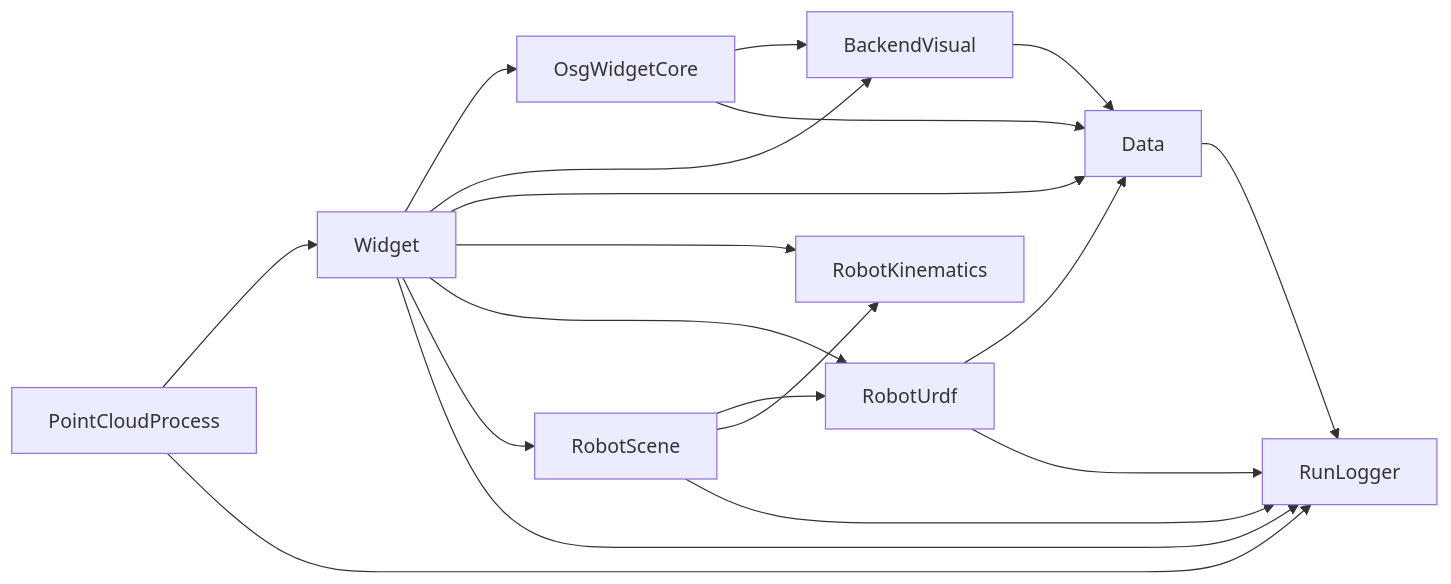
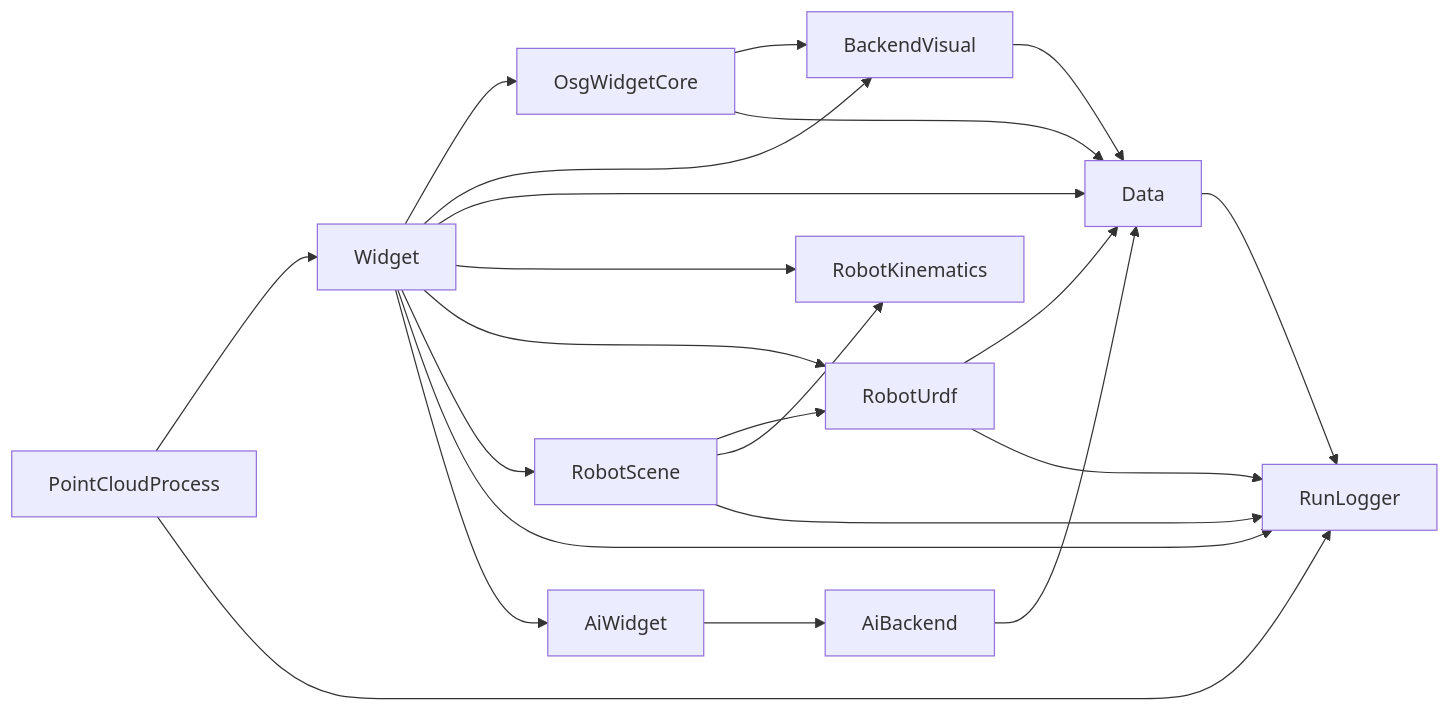
The second of 7 diagrams in ARCHITECTURE_SUMMARY.md (sanmunejdn/CloudSim), drawn with Mermaid before and after one commit. The commit also changed other lines of this file and 35 other files, not shown here.

````diff
--- a/ARCHITECTURE_SUMMARY.md
+++ b/ARCHITECTURE_SUMMARY.md
@@ -260,26 +268,29 @@
 ```mermaid
 flowchart LR
     Widget --> OsgWidgetCore
     Widget --> BackendVisual
     Widget --> Data
     Widget --> RobotKinematics
     Widget --> RobotUrdf
     Widget --> RobotScene
     Widget --> RunLogger
+    Widget --> AiWidget
+    AiWidget --> AiBackend
+    AiBackend --> Data
 
     OsgWidgetCore --> BackendVisual
     OsgWidgetCore --> Data
     BackendVisual --> Data
 
     RobotUrdf --> Data
     RobotUrdf --> RunLogger
 
     RobotScene --> RobotUrdf
     RobotScene --> RobotKinematics
     RobotScene --> RunLogger
 
     Data --> RunLogger
 
     PointCloudProcess --> Widget
     PointCloudProcess --> RunLogger
 ```
````
